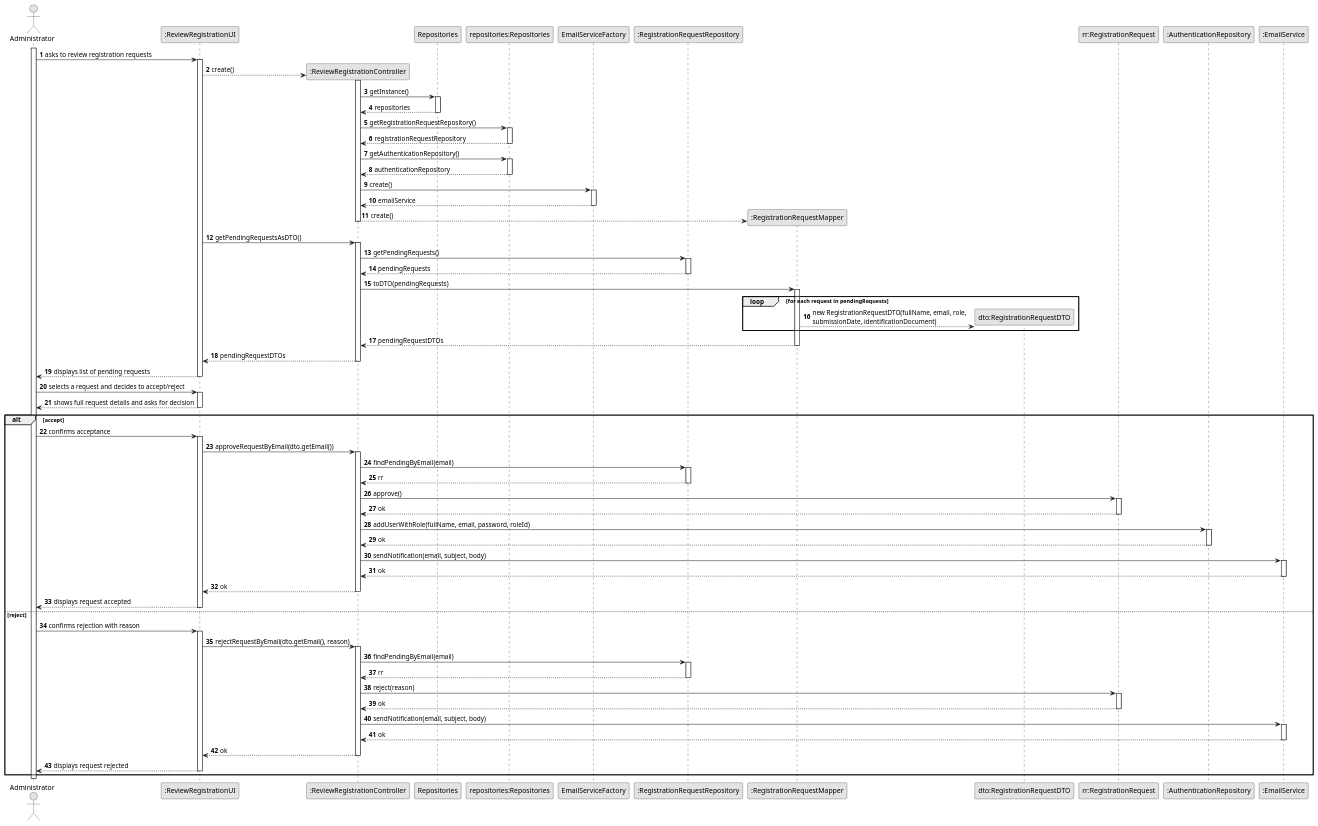
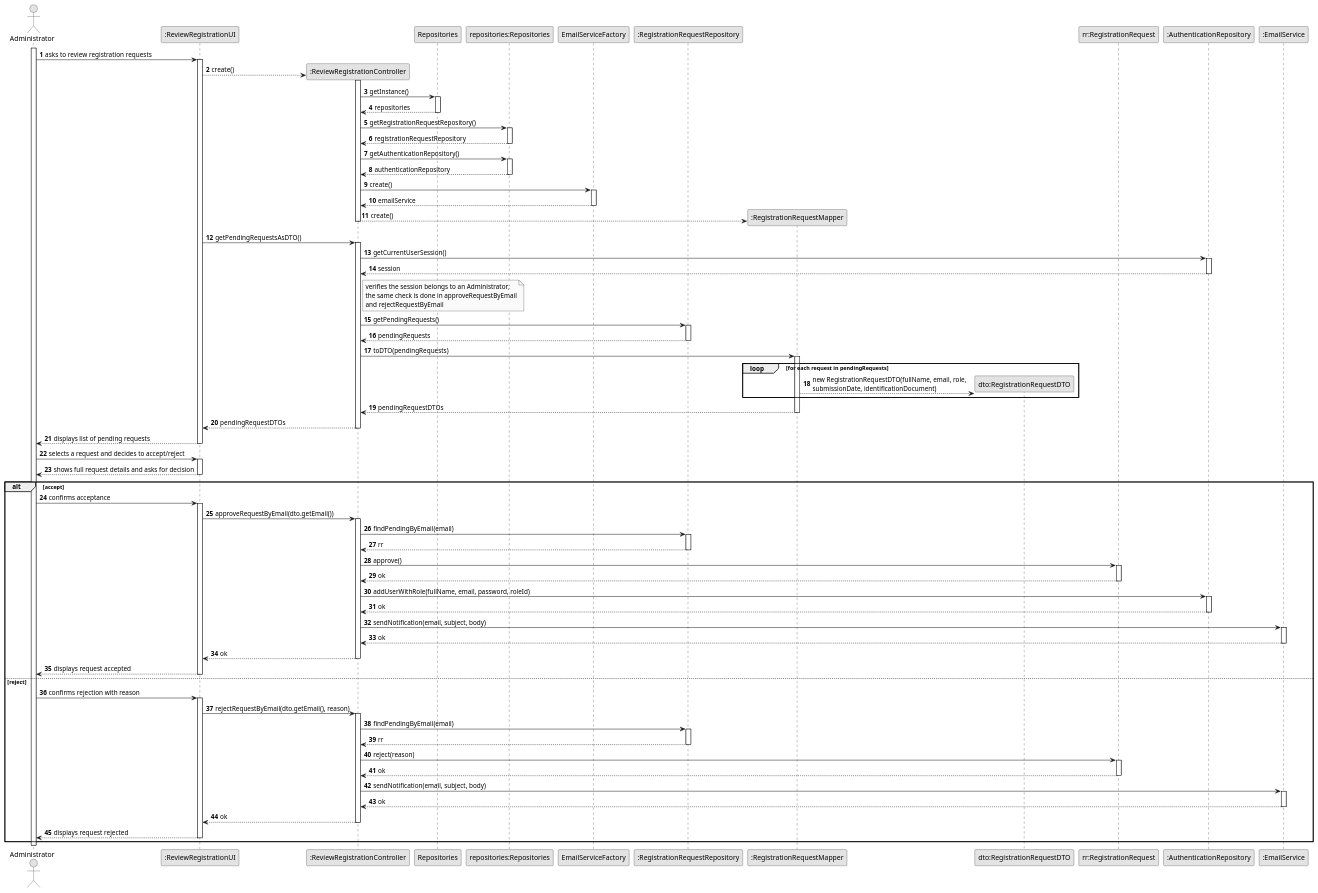
Before and after one commit to brunodspinto/crystal-clear-platform: the diagram in docs/system-documentation/US02/03.design/puml/US02-SD.puml, drawn with PlantUML. The commit also changed 10 other files, not shown here.

```diff
--- a/docs/system-documentation/US02/03.design/puml/US02-SD.puml
+++ b/docs/system-documentation/US02/03.design/puml/US02-SD.puml
@@ -1,127 +1,138 @@
 @startuml US02-SD
 skinparam monochrome true
 skinparam packageStyle rectangle
 skinparam shadowing false
 
 autonumber
 
 actor "Administrator" as Admin
 participant ":ReviewRegistrationUI" as UI
 participant ":ReviewRegistrationController" as CTRL
 participant "Repositories" as REPOS
 participant "repositories:Repositories" as REPOS_SINGLETON
 participant "EmailServiceFactory" as FACTORY
 participant ":RegistrationRequestRepository" as REPO
 participant ":RegistrationRequestMapper" as MAPPER
 participant "dto:RegistrationRequestDTO" as DTO
 participant "rr:RegistrationRequest" as RR
 participant ":AuthenticationRepository" as AUTH
 participant ":EmailService" as EMAIL
 
 activate Admin
 
     Admin -> UI : asks to review registration requests
     activate UI
 
         UI --> CTRL** : create()
         activate CTRL
             CTRL -> REPOS : getInstance()
             activate REPOS
                 REPOS --> CTRL : repositories
             deactivate REPOS
 
             CTRL -> REPOS_SINGLETON : getRegistrationRequestRepository()
             activate REPOS_SINGLETON
                 REPOS_SINGLETON --> CTRL : registrationRequestRepository
             deactivate REPOS_SINGLETON
 
             CTRL -> REPOS_SINGLETON : getAuthenticationRepository()
             activate REPOS_SINGLETON
                 REPOS_SINGLETON --> CTRL : authenticationRepository
             deactivate REPOS_SINGLETON
 
             CTRL -> FACTORY : create()
             activate FACTORY
                 FACTORY --> CTRL : emailService
             deactivate FACTORY
 
             CTRL --> MAPPER** : create()
         deactivate CTRL
 
         UI -> CTRL : getPendingRequestsAsDTO()
         activate CTRL
+            CTRL -> AUTH : getCurrentUserSession()
+            activate AUTH
+                AUTH --> CTRL : session
+            deactivate AUTH
+
+            note right of CTRL
+                verifies the session belongs to an Administrator;
+                the same check is done in approveRequestByEmail
+                and rejectRequestByEmail
+            end note
+
             CTRL -> REPO : getPendingRequests()
             activate REPO
                 REPO --> CTRL : pendingRequests
             deactivate REPO
 
             CTRL -> MAPPER : toDTO(pendingRequests)
             activate MAPPER
                 loop for each request in pendingRequests
                     MAPPER --> DTO** : new RegistrationRequestDTO(fullName, email, role,\nsubmissionDate, identificationDocument)
                 end
                 MAPPER --> CTRL : pendingRequestDTOs
             deactivate MAPPER
 
             CTRL --> UI : pendingRequestDTOs
         deactivate CTRL
         UI --> Admin : displays list of pending requests
     deactivate UI
 
     Admin -> UI : selects a request and decides to accept/reject
     activate UI
         UI --> Admin : shows full request details and asks for decision
     deactivate UI
 
     alt accept
         Admin -> UI : confirms acceptance
         activate UI
             UI -> CTRL : approveRequestByEmail(dto.getEmail())
             activate CTRL
                 CTRL -> REPO : findPendingByEmail(email)
                 activate REPO
                     REPO --> CTRL : rr
                 deactivate REPO
                 CTRL -> RR : approve()
                 activate RR
                     RR --> CTRL : ok
                 deactivate RR
                 CTRL -> AUTH : addUserWithRole(fullName, email, password, roleId)
                 activate AUTH
                     AUTH --> CTRL : ok
                 deactivate AUTH
                 CTRL -> EMAIL : sendNotification(email, subject, body)
                 activate EMAIL
                     EMAIL --> CTRL : ok
                 deactivate EMAIL
                 CTRL --> UI : ok
             deactivate CTRL
             UI --> Admin : displays request accepted
         deactivate UI
 
     else reject
         Admin -> UI : confirms rejection with reason
         activate UI
             UI -> CTRL : rejectRequestByEmail(dto.getEmail(), reason)
             activate CTRL
                 CTRL -> REPO : findPendingByEmail(email)
                 activate REPO
                     REPO --> CTRL : rr
                 deactivate REPO
                 CTRL -> RR : reject(reason)
                 activate RR
                     RR --> CTRL : ok
                 deactivate RR
                 CTRL -> EMAIL : sendNotification(email, subject, body)
                 activate EMAIL
                     EMAIL --> CTRL : ok
                 deactivate EMAIL
                 CTRL --> UI : ok
             deactivate CTRL
             UI --> Admin : displays request rejected
         deactivate UI
     end
 
 deactivate Admin
 
 @enduml
```
